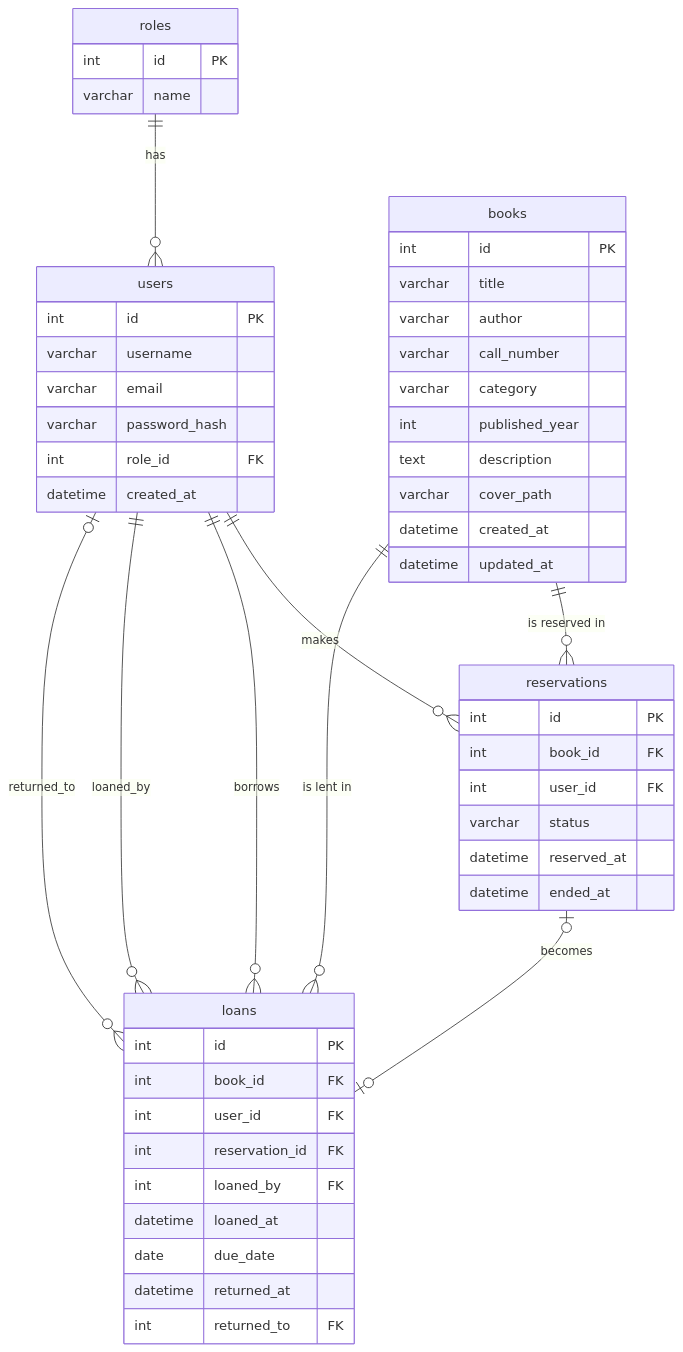
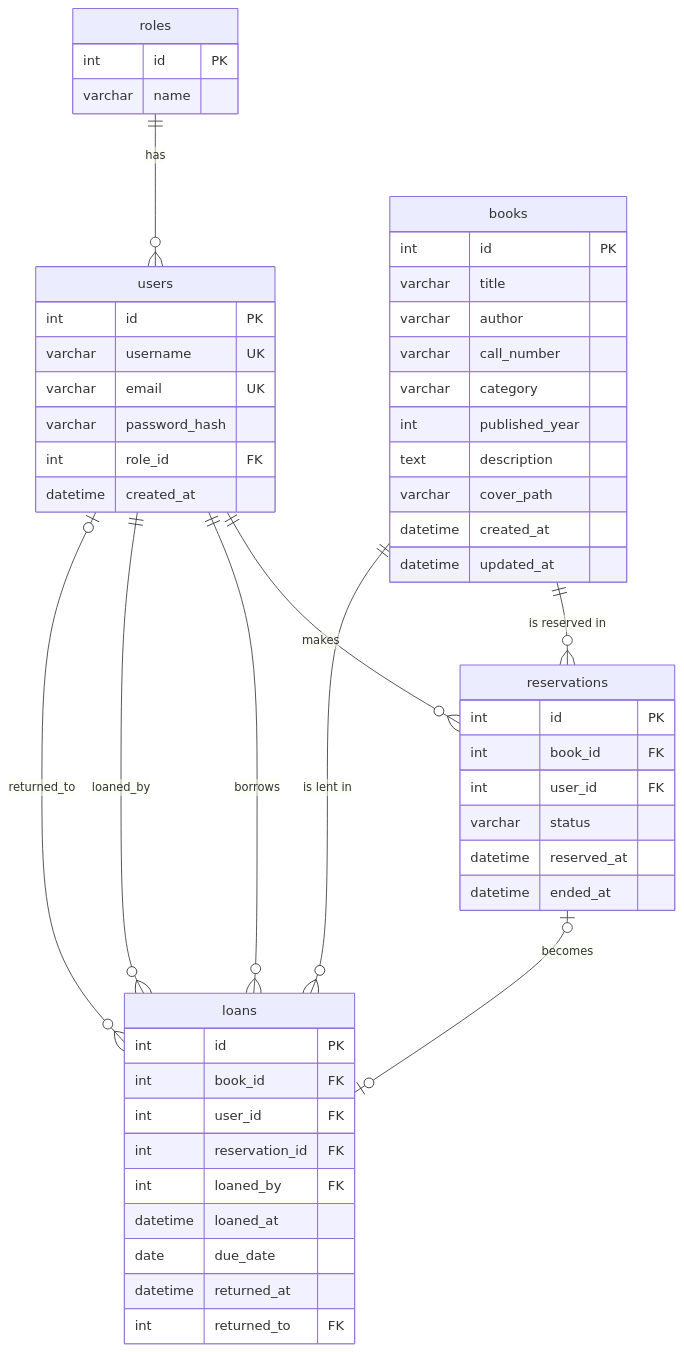
Before and after one commit to ckagias/lectern: the diagram in notes/database.md, drawn with Mermaid. The commit also changed other lines of this file and 7 other files, not shown here.

````diff
--- a/notes/database.md
+++ b/notes/database.md
@@ -42,55 +42,55 @@
 ```mermaid
 erDiagram
     roles ||--o{ users : "has"
     users ||--o{ reservations : "makes"
     books ||--o{ reservations : "is reserved in"
     users ||--o{ loans : "borrows"
     books ||--o{ loans : "is lent in"
     reservations |o--o| loans : "becomes"
     users ||--o{ loans : "loaned_by"
     users |o--o{ loans : "returned_to"
 
     roles {
         int id PK
         varchar name
     }
     users {
         int id PK
-        varchar username
-        varchar email
+        varchar username UK
+        varchar email UK
         varchar password_hash
         int role_id FK
         datetime created_at
     }
     books {
         int id PK
         varchar title
         varchar author
         varchar call_number
         varchar category
         int published_year
         text description
         varchar cover_path
         datetime created_at
         datetime updated_at
     }
     reservations {
         int id PK
         int book_id FK
         int user_id FK
         varchar status
         datetime reserved_at
         datetime ended_at
     }
     loans {
         int id PK
         int book_id FK
         int user_id FK
         int reservation_id FK
         int loaned_by FK
         datetime loaned_at
         date due_date
         datetime returned_at
         int returned_to FK
     }
 ```
````
